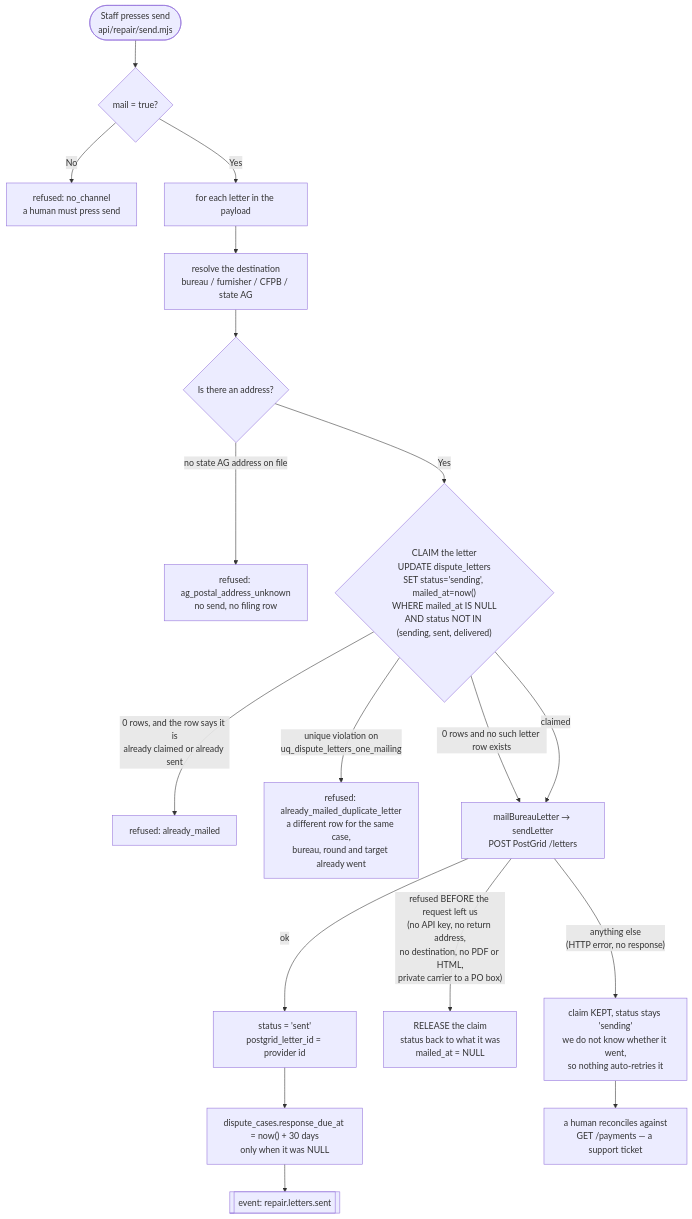
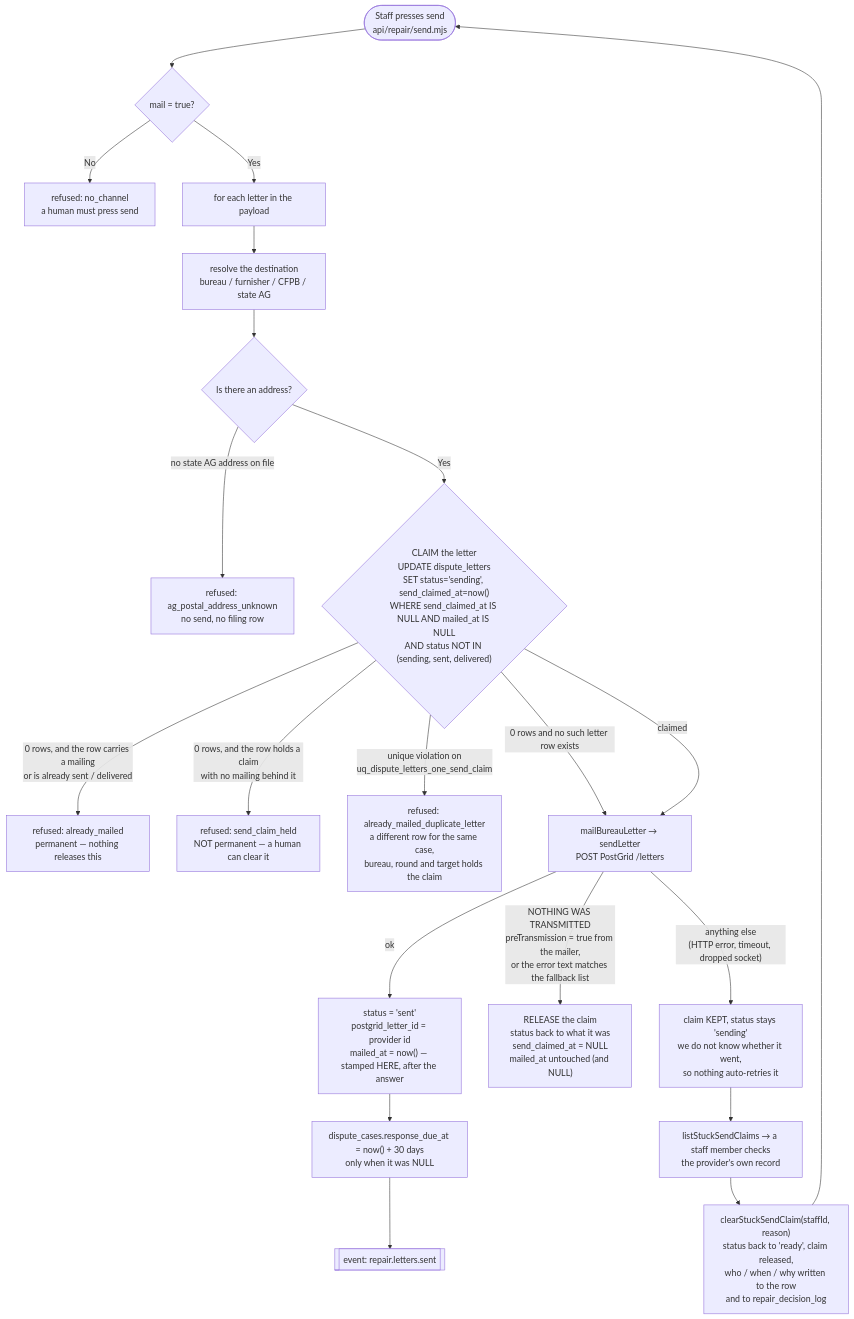
One commit to ZootimusMaximusSupreme/Fundhub_ai changed the first of 2 diagrams in docs/journeys/repair-letter-send-actual.md. Above: the diagram before and after it, drawn with Mermaid. The commit also changed other lines of this file and 13 other files, not shown here.

First line of the commit message:
A send that never happened no longer destroys the letter

````diff
--- a/docs/journeys/repair-letter-send-actual.md
+++ b/docs/journeys/repair-letter-send-actual.md
@@ -15,28 +43,31 @@
 ```mermaid
 flowchart TD
     POST([Staff presses send<br/>api/repair/send.mjs]) --> GATE{"mail = true?"}
     GATE -->|No| REF1["refused: no_channel<br/>a human must press send"]
     GATE -->|Yes| EACH["for each letter in the payload"]
 
     EACH --> ROUTE["resolve the destination<br/>bureau / furnisher / CFPB / state AG"]
     ROUTE --> ADDR{"Is there an address?"}
     ADDR -->|"no state AG address on file"| REF2["refused: ag_postal_address_unknown<br/>no send, no filing row"]
     ADDR -->|Yes| CLAIM
 
-    CLAIM{"CLAIM the letter<br/>UPDATE dispute_letters<br/>SET status='sending', mailed_at=now()<br/>WHERE mailed_at IS NULL<br/>AND status NOT IN (sending, sent, delivered)"}
+    CLAIM{"CLAIM the letter<br/>UPDATE dispute_letters<br/>SET status='sending', send_claimed_at=now()<br/>WHERE send_claimed_at IS NULL AND mailed_at IS NULL<br/>AND status NOT IN (sending, sent, delivered)"}
 
-    CLAIM -->|"0 rows, and the row says it is<br/>already claimed or already sent"| REF3["refused: already_mailed"]
-    CLAIM -->|"unique violation on<br/>uq_dispute_letters_one_mailing"| REF4["refused: already_mailed_duplicate_letter<br/>a different row for the same case,<br/>bureau, round and target already went"]
+    CLAIM -->|"0 rows, and the row carries a mailing<br/>or is already sent / delivered"| REF3["refused: already_mailed<br/>permanent — nothing releases this"]
+    CLAIM -->|"0 rows, and the row holds a claim<br/>with no mailing behind it"| REF5["refused: send_claim_held<br/>NOT permanent — a human can clear it"]
+    CLAIM -->|"unique violation on<br/>uq_dispute_letters_one_send_claim"| REF4["refused: already_mailed_duplicate_letter<br/>a different row for the same case,<br/>bureau, round and target holds the claim"]
     CLAIM -->|"0 rows and no such letter row exists"| SEND
     CLAIM -->|"claimed"| SEND
 
     SEND["mailBureauLetter → sendLetter<br/>POST PostGrid /letters"]
 
-    SEND -->|"ok"| MARK["status = 'sent'<br/>postgrid_letter_id = provider id"]
-    SEND -->|"refused BEFORE the request left us<br/>(no API key, no return address,<br/>no destination, no PDF or HTML,<br/>private carrier to a PO box)"| REL["RELEASE the claim<br/>status back to what it was<br/>mailed_at = NULL"]
-    SEND -->|"anything else<br/>(HTTP error, no response)"| STUCK["claim KEPT, status stays 'sending'<br/>we do not know whether it went,<br/>so nothing auto-retries it"]
+    SEND -->|"ok"| MARK["status = 'sent'<br/>postgrid_letter_id = provider id<br/>mailed_at = now() — stamped HERE, after the answer"]
+    SEND -->|"NOTHING WAS TRANSMITTED<br/>preTransmission = true from the mailer,<br/>or the error text matches the fallback list"| REL["RELEASE the claim<br/>status back to what it was<br/>send_claimed_at = NULL<br/>mailed_at untouched (and NULL)"]
+    SEND -->|"anything else<br/>(HTTP error, timeout, dropped socket)"| STUCK["claim KEPT, status stays 'sending'<br/>we do not know whether it went,<br/>so nothing auto-retries it"]
 
     MARK --> CLOCK["dispute_cases.response_due_at = now() + 30 days<br/>only when it was NULL"]
     CLOCK --> EV[["event: repair.letters.sent"]]
-    STUCK --> HUMAN["a human reconciles against<br/>GET /payments — a support ticket"]
+    STUCK --> HUMAN["listStuckSendClaims → a staff member checks<br/>the provider's own record"]
+    HUMAN --> CLEAR["clearStuckSendClaim(staffId, reason)<br/>status back to 'ready', claim released,<br/>who / when / why written to the row<br/>and to repair_decision_log"]
+    CLEAR --> POST
 ```
````
